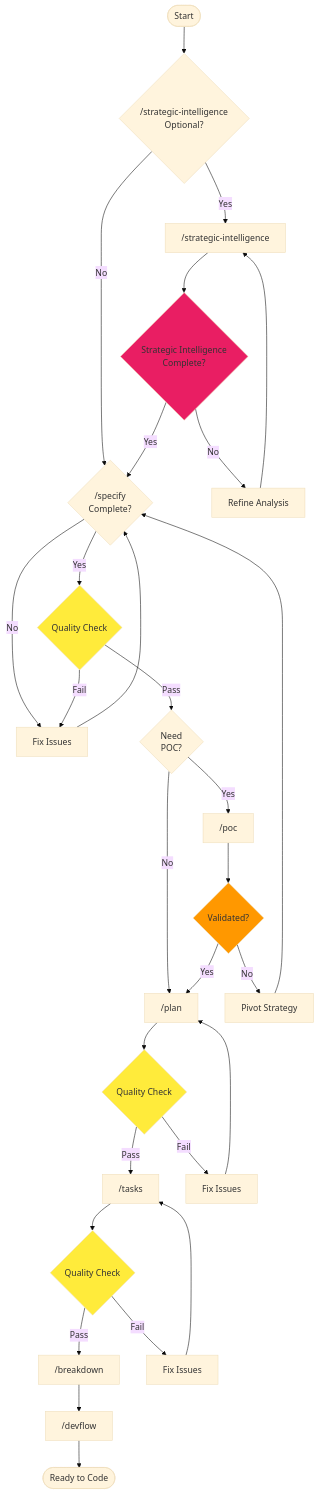
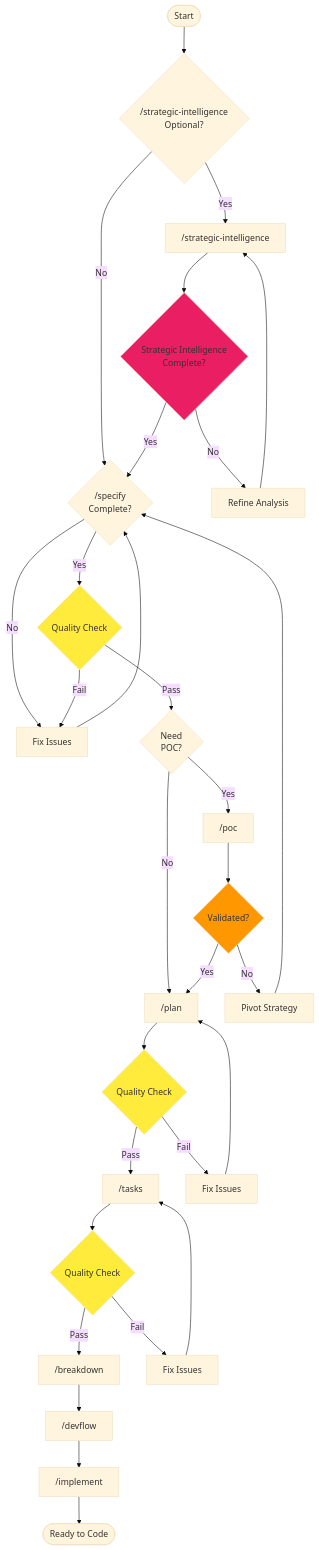
Before and after one commit to Mathews-Tom/sage-dev: diagram 15 of 23 in commands/WORKFLOW.md, drawn with Mermaid (base theme). The commit also changed other lines of this file and 2 other files, not shown here.

First line of the commit message:
docs: introduce /implement command and integrate phased implementation across workflow

````diff
--- a/commands/WORKFLOW.md
+++ b/commands/WORKFLOW.md
@@ -402,45 +436,46 @@
 ```mermaid
 graph TB
     Start([Start]) --> Assessment{"/strategic-intelligence<br/>Optional?"}
     Assessment -->|Yes| AssessmentRun["/strategic-intelligence"]
     Assessment -->|No| Specify
 
     AssessmentRun --> AssessmentCheck{Strategic Intelligence<br/>Complete?}
     AssessmentCheck -->|Yes| Specify{"/specify<br/>Complete?"}
     AssessmentCheck -->|No| AssessmentFix[Refine Analysis]
     AssessmentFix --> AssessmentRun
 
     Specify -->|Yes| SpecCheck{Quality Check}
     Specify -->|No| SpecFix[Fix Issues]
     SpecFix --> Specify
 
     SpecCheck -->|Pass| POC{Need<br/>POC?}
     SpecCheck -->|Fail| SpecFix
 
     POC -->|Yes| POCRun["/poc"]
     POC -->|No| Plan
 
     POCRun --> POCCheck{Validated?}
     POCCheck -->|Yes| Plan["/plan"]
     POCCheck -->|No| Pivot[Pivot Strategy]
     Pivot --> Specify
 
     Plan --> PlanCheck{Quality Check}
     PlanCheck -->|Pass| Tasks["/tasks"]
     PlanCheck -->|Fail| PlanFix[Fix Issues]
     PlanFix --> Plan
 
     Tasks --> TaskCheck{Quality Check}
     TaskCheck -->|Pass| Breakdown["/breakdown"]
     TaskCheck -->|Fail| TaskFix[Fix Issues]
     TaskFix --> Tasks
 
     Breakdown --> DevFlow["/devflow"]
-    DevFlow --> Ready([Ready to Code])
+    DevFlow --> Implement["/implement"]
+    Implement --> Ready([Ready to Code])
 
     style AssessmentCheck fill:#e91e63
     style SpecCheck fill:#ffeb3b
     style POCCheck fill:#ff9800
     style PlanCheck fill:#ffeb3b
     style TaskCheck fill:#ffeb3b
 ```
````
